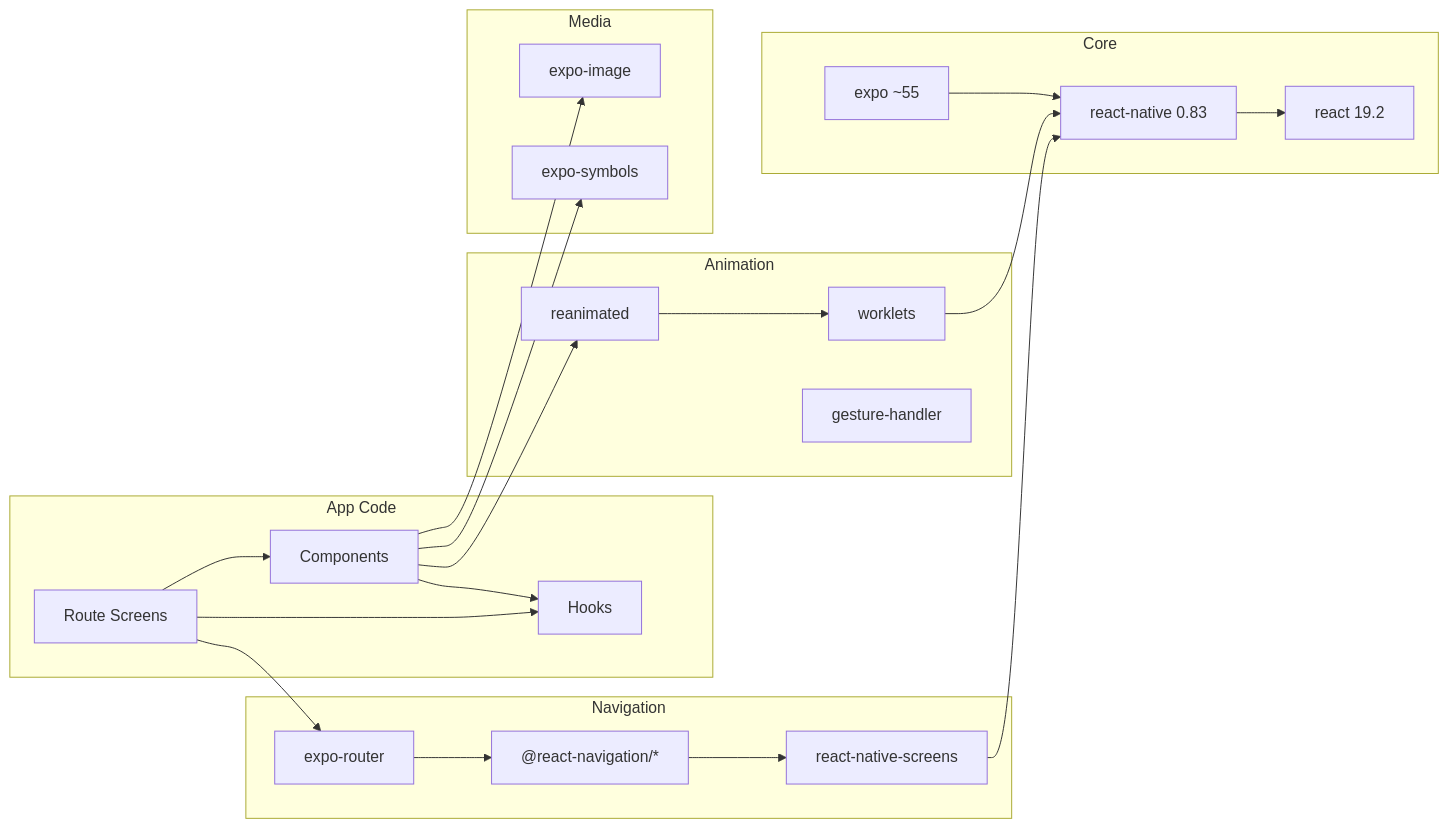
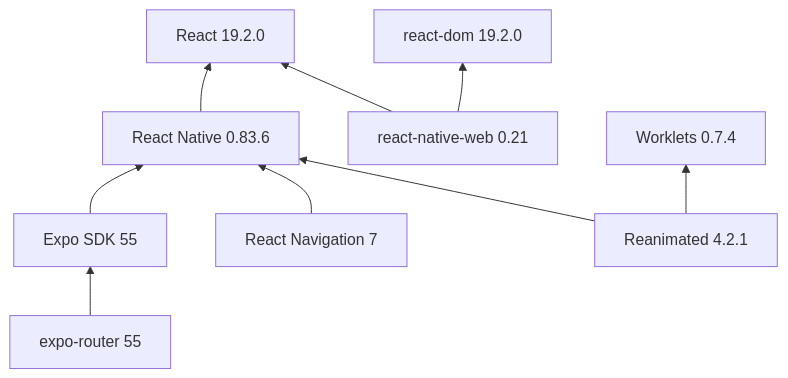
The third of 5 diagrams in docs/architecture.md (izkizk8/spot), drawn with Mermaid before and after one commit. The commit also changed other lines of this file and 39 other files, not shown here.

````diff
--- a/docs/architecture.md
+++ b/docs/architecture.md
@@ -407,37 +346,11 @@
 ```mermaid
-graph LR
-    subgraph App["App Code"]
-        Screens["Route Screens"]
-        Components["Components"]
-        Hooks["Hooks"]
-    end
-
-    subgraph Navigation["Navigation"]
-        ExpoRouter["expo-router"]
-        ReactNav["@react-navigation/*"]
-        Screens2["react-native-screens"]
-    end
-
-    subgraph Animation["Animation"]
-        Reanimated["reanimated"]
-        Worklets["worklets"]
-        GestureHandler["gesture-handler"]
-    end
-
-    subgraph Media["Media"]
-        ExpoImage["expo-image"]
-        ExpoSymbols["expo-symbols"]
-    end
-
-    subgraph Core["Core"]
-        Expo["expo ~55"]
-        RN["react-native 0.83"]
-        React["react 19.2"]
-    end
-
-    Screens --> ExpoRouter & Components & Hooks
-    Components --> Reanimated & ExpoImage & ExpoSymbols & Hooks
-    ExpoRouter --> ReactNav --> Screens2 --> RN
-    Reanimated --> Worklets --> RN
-    Expo --> RN --> React
+graph BT
+    ReactNative["React Native 0.83.6"] --> React["React 19.2.0"]
+    Expo["Expo SDK 55"] --> ReactNative
+    Router["expo-router 55"] --> Expo
+    Navigation["React Navigation 7"] --> ReactNative
+    Web["react-native-web 0.21"] --> React
+    Web --> ReactDOM["react-dom 19.2.0"]
+    Reanimated["Reanimated 4.2.1"] --> Worklets["Worklets 0.7.4"]
+    Reanimated --> ReactNative
 ```
````
